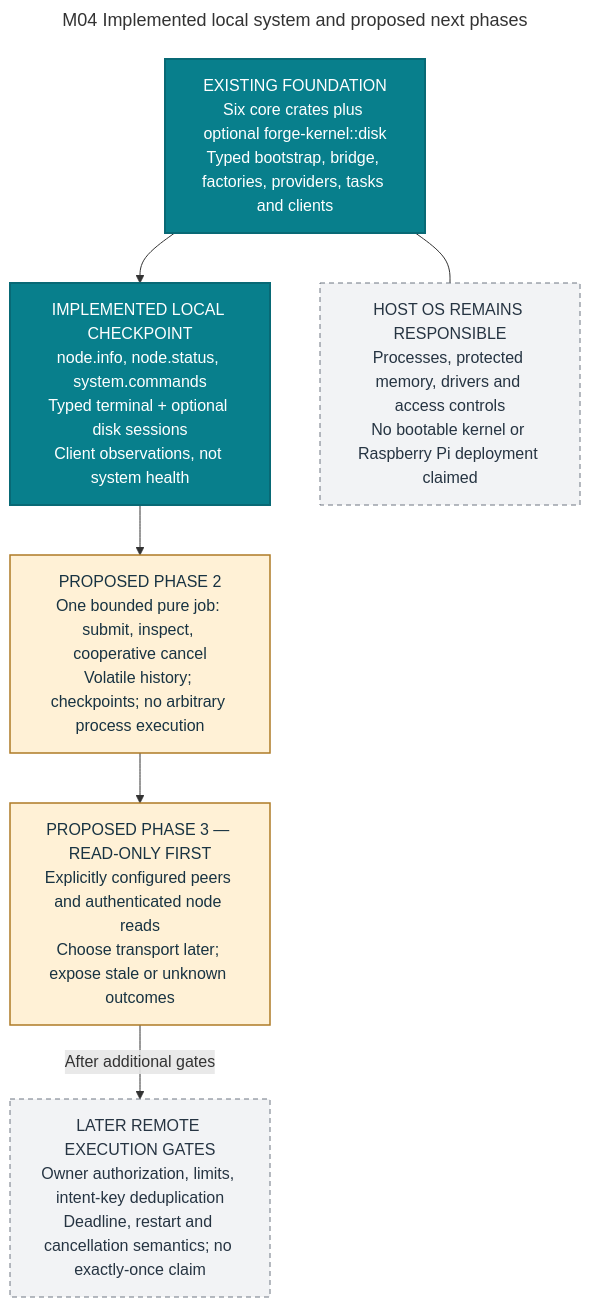
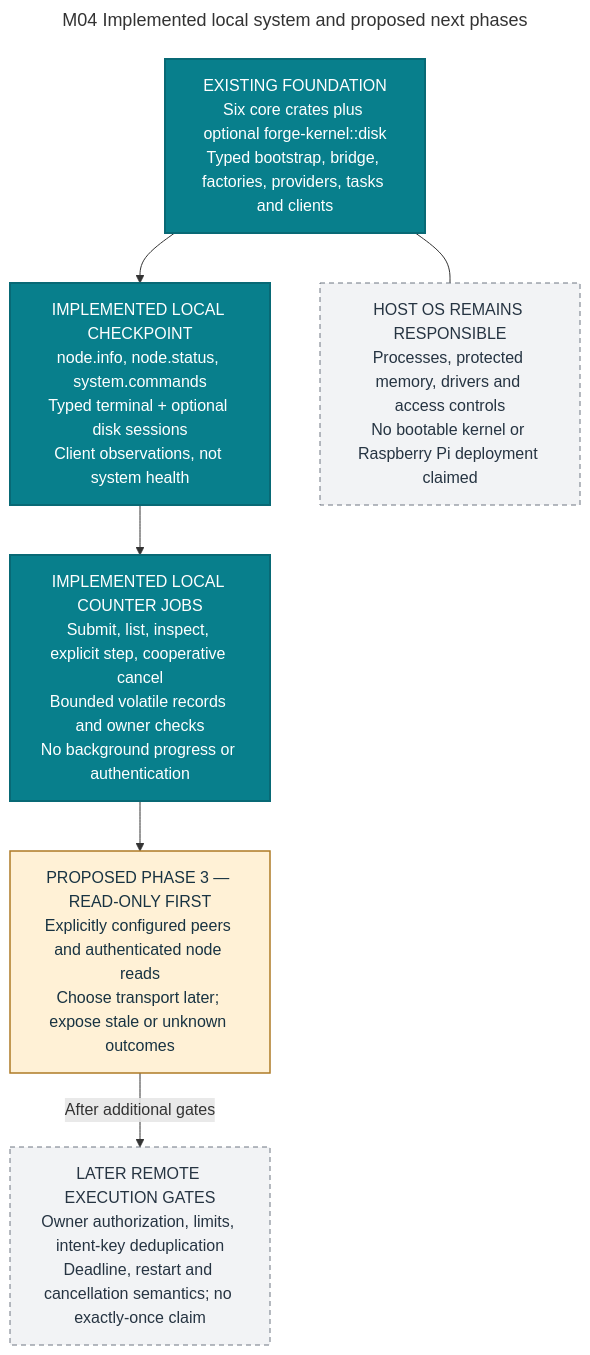
The diagram in docs/architecture/diagrams/mermaid/m04-kernel-phases.mmd (roachmaster/homelab), drawn with Mermaid before and after one commit. The commit also changed 37 other files, not shown here.

Commit message:
Implement bounded local cooperative jobs through typed shared ingress

```diff
--- a/docs/architecture/diagrams/mermaid/m04-kernel-phases.mmd
+++ b/docs/architecture/diagrams/mermaid/m04-kernel-phases.mmd
@@ -1,19 +1,19 @@
 ---
 title: M04 Implemented local system and proposed next phases
 ---
 flowchart TB
     E["EXISTING FOUNDATION<br/>Six core crates plus optional forge-kernel::disk<br/>Typed bootstrap, bridge, factories, providers, tasks and clients"]
     P1["IMPLEMENTED LOCAL CHECKPOINT<br/>node.info, node.status, system.commands<br/>Typed terminal + optional disk sessions<br/>Client observations, not system health"]
-    P2["PROPOSED PHASE 2<br/>One bounded pure job: submit, inspect, cooperative cancel<br/>Volatile history; checkpoints; no arbitrary process execution"]
+    P2["IMPLEMENTED LOCAL COUNTER JOBS<br/>Submit, list, inspect, explicit step, cooperative cancel<br/>Bounded volatile records and owner checks<br/>No background progress or authentication"]
     P3["PROPOSED PHASE 3 — READ-ONLY FIRST<br/>Explicitly configured peers and authenticated node reads<br/>Choose transport later; expose stale or unknown outcomes"]
     R["LATER REMOTE EXECUTION GATES<br/>Owner authorization, limits, intent-key deduplication<br/>Deadline, restart and cancellation semantics; no exactly-once claim"]
     OS["HOST OS REMAINS RESPONSIBLE<br/>Processes, protected memory, drivers and access controls<br/>No bootable kernel or Raspberry Pi deployment claimed"]
     E --> P1 --> P2 --> P3
     P3 -->|After additional gates| R
     E --- OS
     classDef existing fill:#087f8c,color:#ffffff,stroke:#086975,stroke-width:2px;
     classDef proposed fill:#fff1d6,color:#183342,stroke:#ae7b26,stroke-width:1.5px;
     classDef later fill:#f2f3f5,color:#263442,stroke:#6f7782,stroke-dasharray:5 4;
-    class E,P1 existing;
-    class P2,P3 proposed;
+    class E,P1,P2 existing;
+    class P3 proposed;
     class R,OS later;
```
